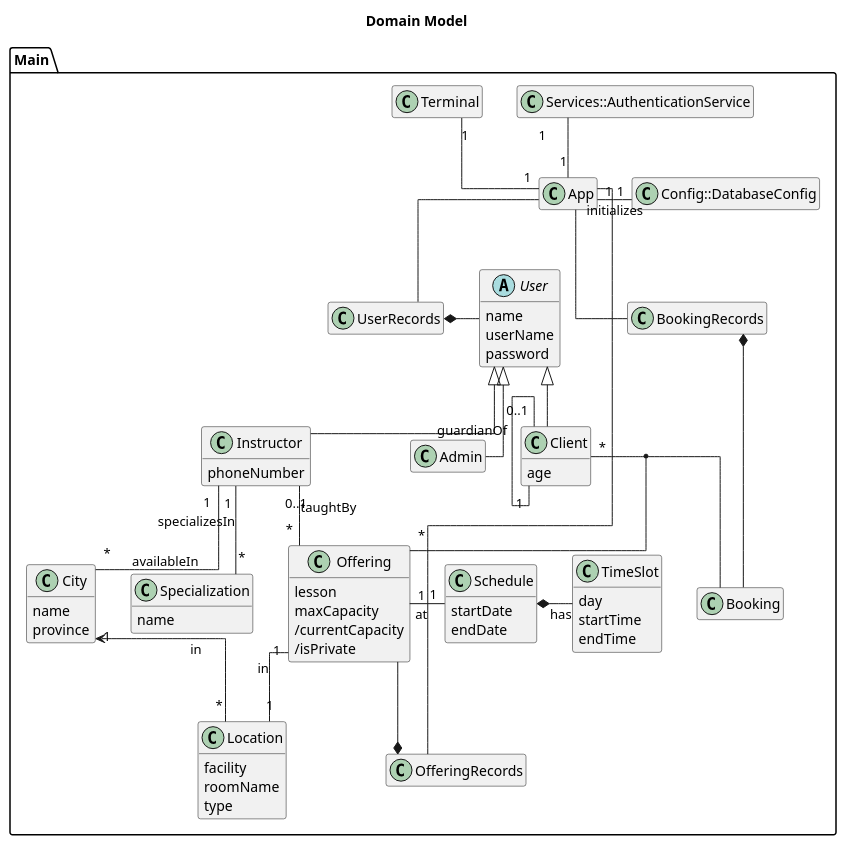
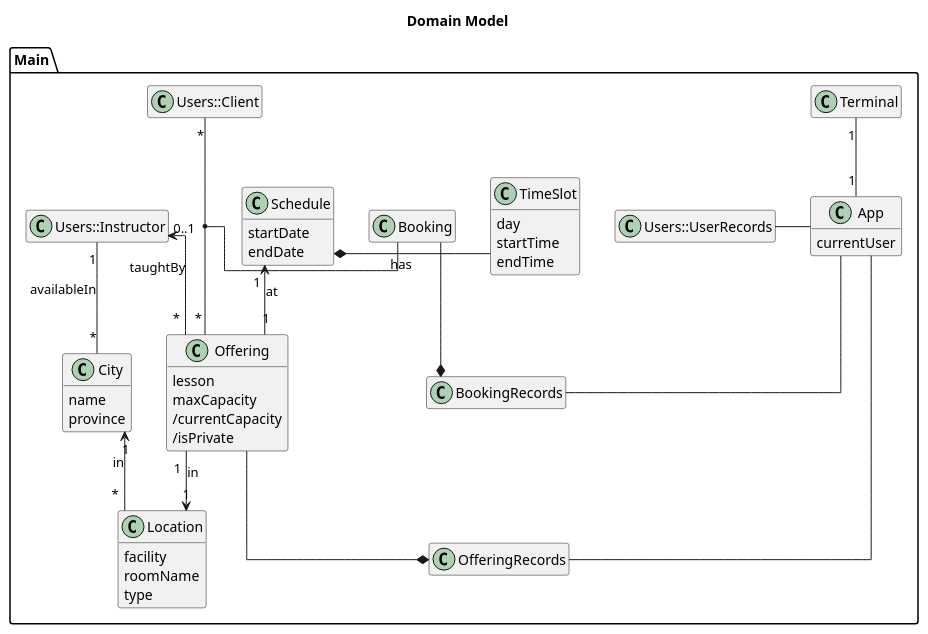
Before and after one commit to NathanGrenier/SOEN-342-Project: the diagram in diagrams/src/domain-model.pu, drawn with PlantUML. The commit also changed 8 other files, not shown here.

```diff
--- a/diagrams/src/domain-model.pu
+++ b/diagrams/src/domain-model.pu
@@ -1,93 +1,69 @@
 @startuml Domain Model
 title Domain Model
 
 hide empty members
 skinparam linetype ortho
 
 package Main {
     class Terminal {}
-    class App {}
-    class Services::AuthenticationService {}
-    class Config::DatabaseConfig {}
+    class App {
+        currentUser
+    }
 
-
-    class UserRecords {}
-    abstract User {
-        name
-        userName
-        password
-    }
-    class Client {
-        age
-    }
-    class Specialization {
-        name
-    }
-    class Instructor {
-        phoneNumber
-    }
-    class Admin {}
-
-    class OfferingRecords {}
-    class Offering {
-        lesson
-        maxCapacity
-        /currentCapacity
-        /isPrivate
-    }
+    class UserRecords as "Users::UserRecords"  {}
+    class Client as "Users::Client" {}
+    class Instructor as "Users::Instructor" {}
 
     class City {
         name
         province
     }
     class Location {
         facility
         roomName
         type
     }
 
     class Schedule {
         startDate
         endDate
     }
     class TimeSlot {
         day
         startTime
         endTime
     }
 
+    class OfferingRecords {}
+    class Offering {
+        lesson
+        maxCapacity
+        /currentCapacity
+        /isPrivate
+    }
+
     class BookingRecords {}
     class Booking {}
 
     App "1" -up- "1" Terminal
-    App "1" -up- "1" Services::AuthenticationService
-    App "1" - "1" Config::DatabaseConfig: initializes
-    App -- UserRecords
+    App -left- UserRecords
     App -- OfferingRecords
     App -- BookingRecords
-
-    User <|-- Client
-    User <|-- Instructor
-    User <|-- Admin
-
-    UserRecords *- User 
 
     Location "*" -up-> "1" City: in
 
     Schedule *- TimeSlot: has
 
     Offering --* OfferingRecords
-    Offering "1" - "1" Schedule: at
-    Offering "1" -- "1" Location: in
+    Offering "1" -up-> "1" Schedule: at
+    Offering "1" --> "1" Location: in
 
-    Instructor "1" -- "*" Specialization: specializesIn
     Instructor "1" -- "*" City: availableIn
-    Instructor "0..1" -- "*" Offering: taughtBy
+    Instructor "0..1" <-- "*" Offering: taughtBy
 
-    Client "*" - "*" Offering
-    Client "0..1" -- "1" Client: guardianOf
+    Client "*" -- "*" Offering
 
     (Client, Offering) -- Booking
-    Booking -left-* BookingRecords
+    Booking --* BookingRecords
 }
 @enduml
```
